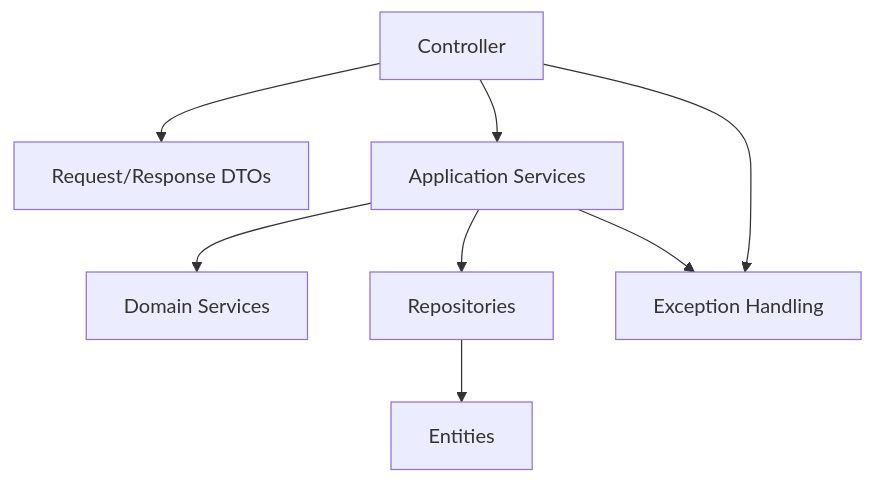
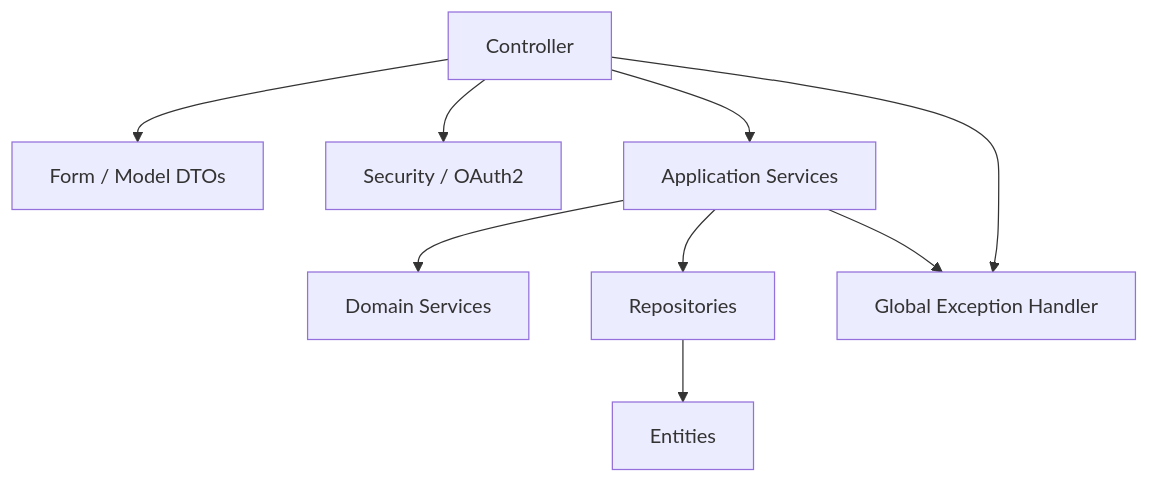
The third of 6 diagrams in Architektur/A05-building-block-view.md (Bunyamin0101/WK_1106_CampusSplit), drawn with Mermaid before and after one commit. The commit also changed other lines of this file, not shown here.

First line of the commit message:
Revise architecture documentation for Thymeleaf and OAuth2

````diff
--- a/Architektur/A05-building-block-view.md
+++ b/Architektur/A05-building-block-view.md
@@ -243,18 +265,20 @@
 ```mermaid
 flowchart TD
     CTRL[Controller]
-    DTO[Request/Response DTOs]
+    FORM[Form / Model DTOs]
+    AUTH[Security / OAuth2]
     APP[Application Services]
     DOMAIN[Domain Services]
     REPO[Repositories]
     ENTITY[Entities]
-    EXC[Exception Handling]
+    EXC[Global Exception Handler]
 
-    CTRL --> DTO
+    CTRL --> FORM
+    CTRL --> AUTH
     CTRL --> APP
     APP --> DOMAIN
     APP --> REPO
     REPO --> ENTITY
     CTRL --> EXC
     APP --> EXC
 ```
````
